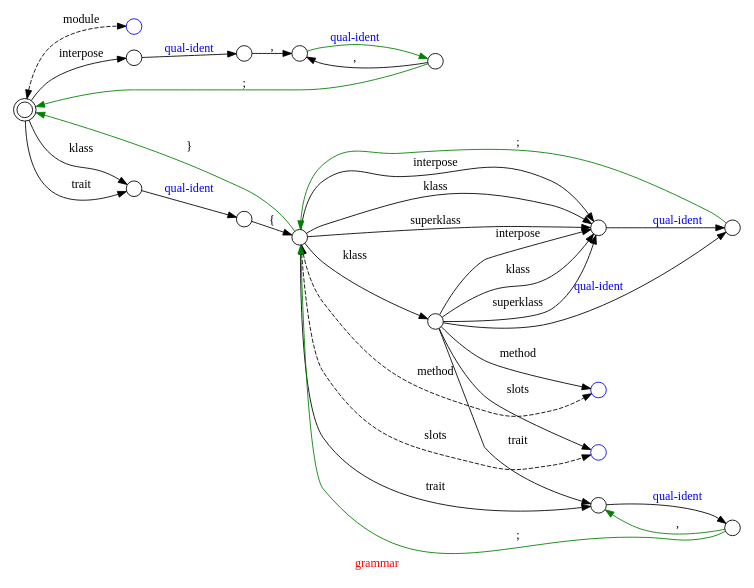
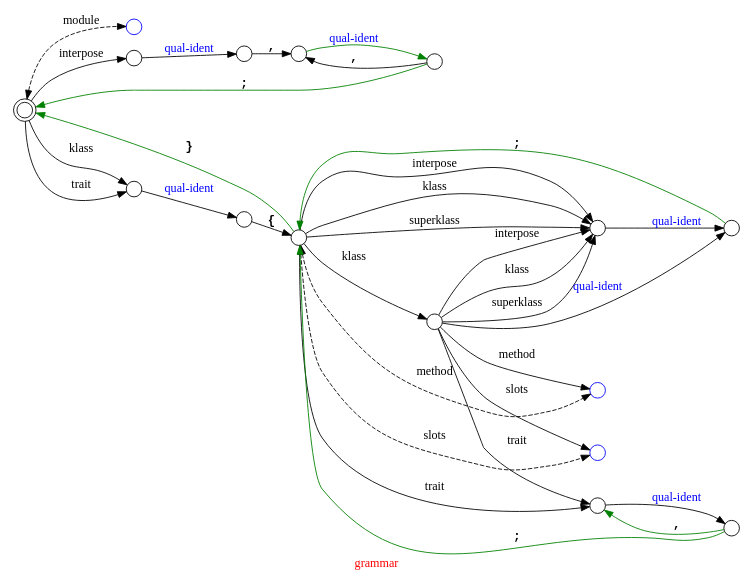
Before and after one commit to Ayyzee/dakota: the diagram in doc/grammar.dot, drawn with Graphviz.

Commit message:
Removed initialize()/finalize() from grammar since they will no longer be treated special.

```diff
--- a/doc/grammar.dot
+++ b/doc/grammar.dot
@@ -1,60 +1,62 @@
 // Copyright (C) 2007, 2008, 2009 Robert Nielsen <robert@dakota.org>
 //
 // Licensed under the Apache License, Version 2.0 (the "License");
 // you may not use this file except in compliance with the License.
 // You may obtain a copy of the License at
 //
 //      http://www.apache.org/licenses/LICENSE-2.0
 //
 // Unless required by applicable law or agreed to in writing, software
 // distributed under the License is distributed on an "AS IS" BASIS,
 // WITHOUT WARRANTIES OR CONDITIONS OF ANY KIND, either express or implied.
 // See the License for the specific language governing permissions and
 // limitations under the License.
 
 digraph "grammar"
 {
   graph [ label = "\G", fontcolor = red ];
   graph [ rankdir = LR, center = true ];
+
+  // comment out the follow two lines when editing
   graph [ page = "8.5,11", size = "7.5,10", margin = 0.125 ];
   node [ label = "", width = 0.25 ];
 
-  node [ shape = circle ];
+  node [ shape = circle, fontname = "Courier" ];
 
   000 [ shape = doublecircle, fontcolor = blue ];
   100 [ color = blue ];
   178 [ color = blue ];
   174 [ color = blue ];
 
   000 -> 100 [ label = "module", dir = both, style = dashed ];
   000 -> 133 [ label = "interpose" ];
   000 -> 150 [ label = "klass" ];
   000 -> 150 [ label = "trait" ];
   133 -> 137 [ label = "qual-ident", fontcolor = blue ];
-  137 -> 138 [ label = "," ];
+  137 -> 138 [ label = ",", fontname = "Courier-Bold" ];
   138 -> 140 [ label = "qual-ident", fontcolor = blue, color = green ];
-  140 -> 000 [ label = ";", color = green ];
-  140 -> 138 [ label = "," ];
+  140 -> 000 [ label = ";", fontname = "Courier-Bold", color = green ];
+  140 -> 138 [ label = ",", fontname = "Courier-Bold" ];
   150 -> 155 [ label = "qual-ident", fontcolor = blue ];
-  155 -> 160 [ label = "{" ];
-  160 -> 000 [ label = "}", color = green ];
+  155 -> 160 [ label = "{", fontname = "Courier-Bold" ];
+  160 -> 000 [ label = "}", fontname = "Courier-Bold", color = green ];
   160 -> 178 [ label = "slots", dir = both, style = dashed ];
   160 -> 174 [ label = "method", dir = both, style = dashed ];
   160 -> 170 [ label = "interpose" ];
   160 -> 170 [ label = "klass" ];
   160 -> 170 [ label = "superklass" ];
   160 -> 165 [ label = "klass" ];
   160 -> 270 [ label = "trait" ];
   170 -> 180 [ label = "qual-ident", fontcolor = blue ];
   165 -> 178 [ label = "slots" ];
   165 -> 174 [ label = "method" ];
   165 -> 170 [ label = "interpose" ];
   165 -> 170 [ label = "klass" ];
   165 -> 170 [ label = "superklass" ];
   165 -> 180 [ label = "qual-ident", fontcolor = blue ];
   165 -> 270 [ label = "trait" ];
-  180 -> 160 [ label = ";", color = green ];
+  180 -> 160 [ label = ";", fontname = "Courier-Bold", color = green ];
   270 -> 280 [ label = "qual-ident", fontcolor = blue ];
-  280 -> 160 [ label = ";", color = green ];
-  280 -> 270 [ label = ",", color = green ];
+  280 -> 160 [ label = ";", fontname = "Courier-Bold", color = green ];
+  280 -> 270 [ label = ",", fontname = "Courier-Bold", color = green ];
 }
```
